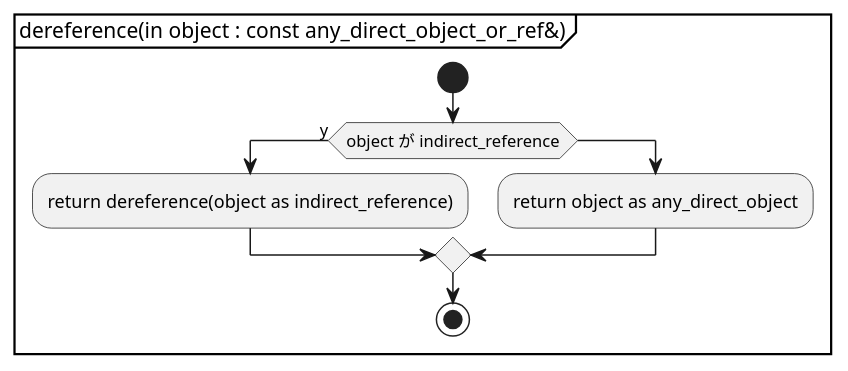
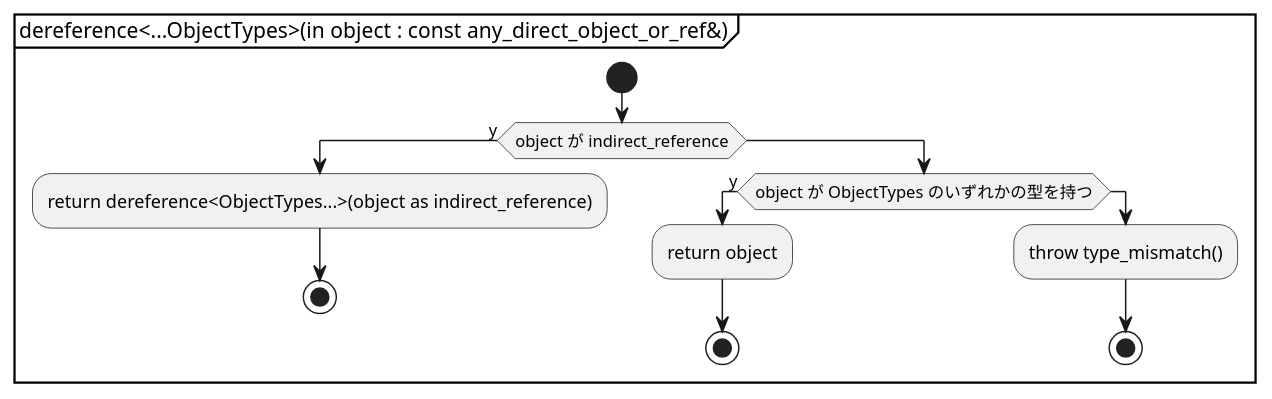
The second of 3 diagrams in document/object_pool.activity.pu (KodaiYM/PDFReader), drawn with PlantUML before and after one commit. The commit also changed other lines of this file and 7 other files, not shown here.

```diff
--- a/document/object_pool.activity.pu
+++ b/document/object_pool.activity.pu
@@ -18,11 +10,18 @@
 @startuml dereference of any
-partition "dereference(in object : const any_direct_object_or_ref&)" {
+partition "dereference<...ObjectTypes>(in object : const any_direct_object_or_ref&)" {
 start
 	if (object が indirect_reference) then (y)
-		:return dereference(object as indirect_reference);
+		:return dereference<ObjectTypes...>(object as indirect_reference);
+		stop
 	else
-		:return object as any_direct_object;
+		if (object が ObjectTypes のいずれかの型を持つ) then (y)
+			:return object;
+			stop
+		else
+			:throw type_mismatch();
+			stop
+		endif
 	endif
-stop
+'stop
 }
 @enduml
```
